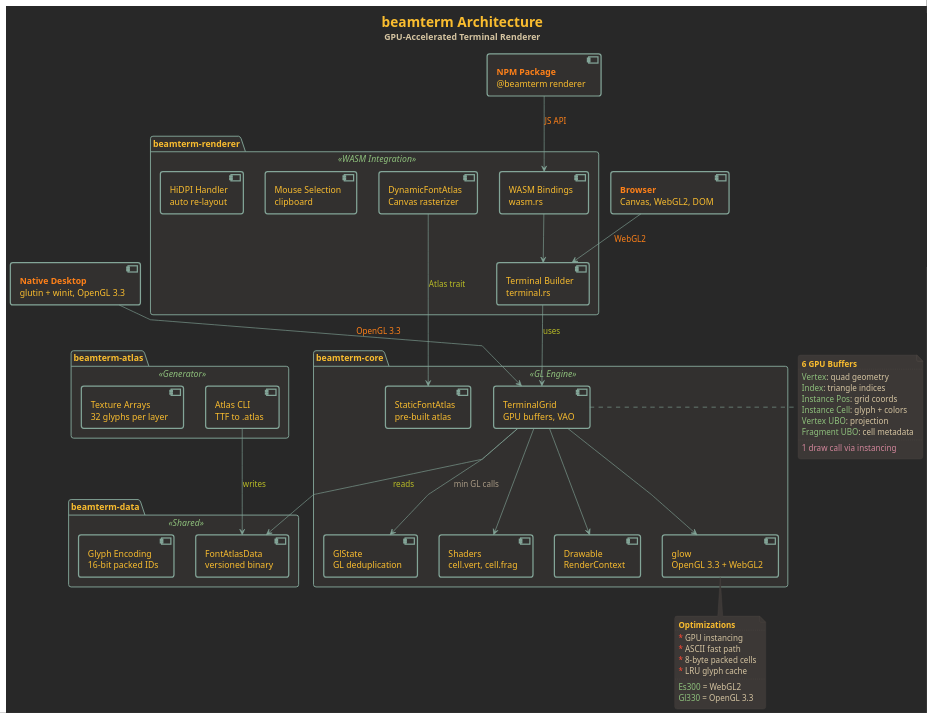
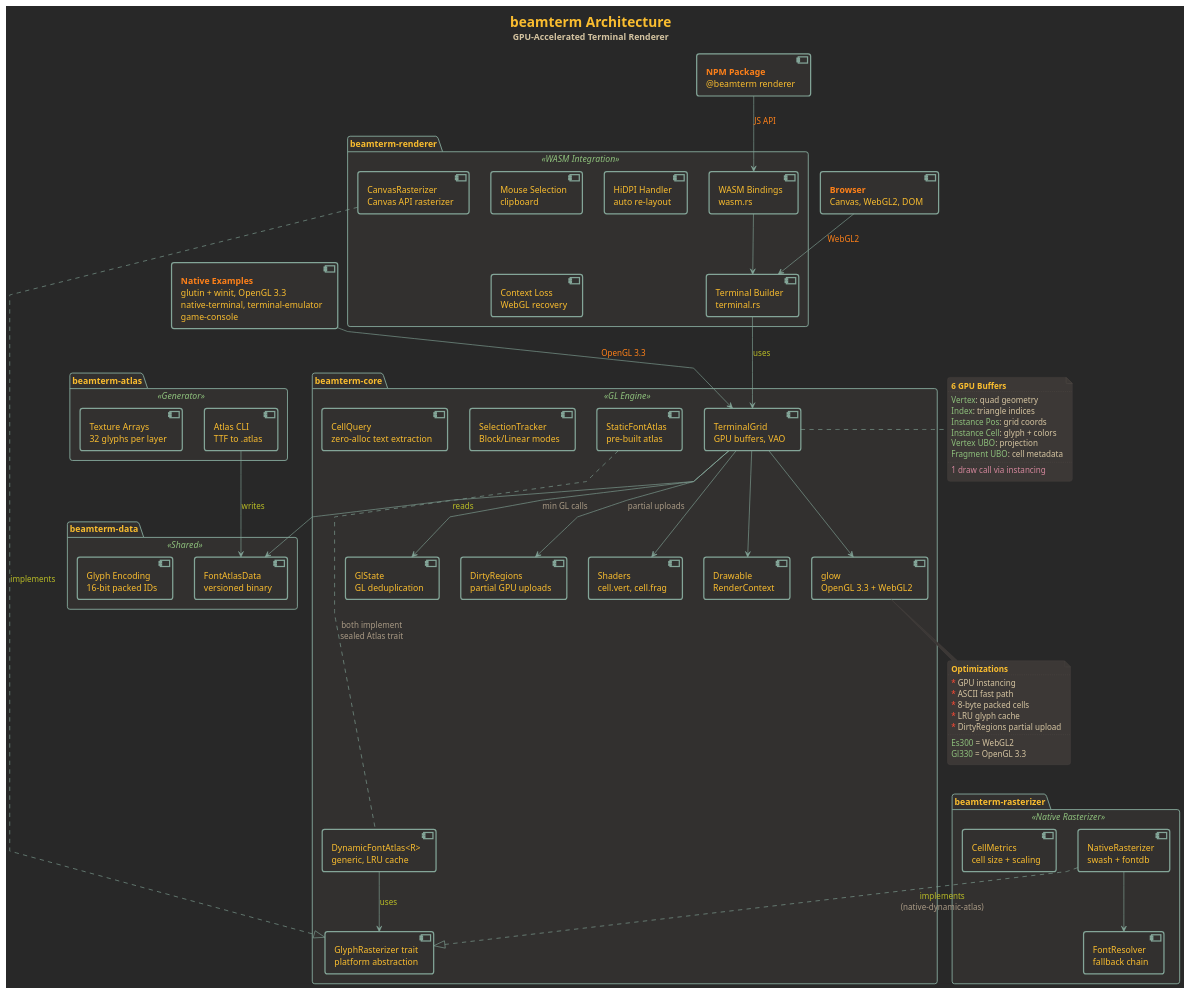
Before and after one commit to junkdog/beamterm: the diagram in docs/architecture.puml, drawn with PlantUML. The commit also changed 3 other files, not shown here.

Commit message:
update diagrams

```diff
--- a/docs/architecture.puml
+++ b/docs/architecture.puml
@@ -1,140 +1,160 @@
 @startuml architecture
 
 ' ============================================================================
 ' GRUVBOX DARK THEME
 ' ============================================================================
 
 skinparam backgroundColor #282828
 skinparam defaultFontColor #ebdbb2
 skinparam defaultFontName monospace
 skinparam roundcorner 8
 skinparam shadowing false
 skinparam linetype polyline
 
 skinparam note {
   BackgroundColor #3c3836
   BorderColor #504945
   FontColor #d5c4a1
 }
 
 skinparam arrow {
   Color #83a598
   FontColor #a89984
 }
 
 skinparam package {
   BackgroundColor #32302f
   BorderColor #83a598
   FontColor #fabd2f
   StereotypeFontColor #8ec07c
 }
 
 skinparam rectangle {
   BackgroundColor #3c3836
   BorderColor #504945
   FontColor #ebdbb2
 }
 
 skinparam component {
   BackgroundColor #32302f
   BorderColor #83a598
   FontColor #fabd2f
   StereotypeFontColor #8ec07c
   BorderThickness 2
 }
 
 ' ============================================================================
 ' TITLE
 ' ============================================================================
 
 title <font color="#fabd2f" size="22">beamterm Architecture</font>\n<font color="#d5c4a1" size="14">GPU-Accelerated Terminal Renderer</font>
 
 ' ============================================================================
 ' EXTERNAL SYSTEMS (top)
 ' ============================================================================
 
 [<color:#fe8019><b>Browser</b></color>\nCanvas, WebGL2, DOM] as browser
-[<color:#fe8019><b>Native Desktop</b></color>\nglutin + winit, OpenGL 3.3] as native
+[<color:#fe8019><b>Native Examples</b></color>\nglutin + winit, OpenGL 3.3\nnative-terminal, terminal-emulator\ngame-console] as native
 [<color:#fe8019><b>NPM Package</b></color>\n@beamterm renderer] as npm
 
 ' ============================================================================
 ' CRATES
 ' ============================================================================
 
 package "beamterm-renderer" <<WASM Integration>> {
   [Terminal Builder\nterminal.rs] as builder
   [WASM Bindings\nwasm.rs] as wasm
-  [DynamicFontAtlas\nCanvas rasterizer] as dynamic_atlas
+  [CanvasRasterizer\nCanvas API rasterizer] as canvas_rast
   [Mouse Selection\nclipboard] as selection
   [HiDPI Handler\nauto re-layout] as hidpi
+  [Context Loss\nWebGL recovery] as ctx_loss
 }
 
 package "beamterm-core" <<GL Engine>> {
   [TerminalGrid\nGPU buffers, VAO] as grid
   [GlState\nGL deduplication] as glstate
   [StaticFontAtlas\npre-built atlas] as static_atlas
+  [DynamicFontAtlas<R>\ngeneric, LRU cache] as dynamic_atlas
+  [GlyphRasterizer trait\nplatform abstraction] as rast_trait
+  [DirtyRegions\npartial GPU uploads] as dirty
+  [SelectionTracker\nBlock/Linear modes] as sel_tracker
+  [CellQuery\nzero-alloc text extraction] as cell_query
   [Shaders\ncell.vert, cell.frag] as shaders
   [Drawable\nRenderContext] as drawable
   [glow\nOpenGL 3.3 + WebGL2] as glow
+}
+
+package "beamterm-rasterizer" <<Native Rasterizer>> {
+  [NativeRasterizer\nswash + fontdb] as native_rast
+  [FontResolver\nfallback chain] as font_resolver
+  [CellMetrics\ncell size + scaling] as cell_metrics
 }
 
 package "beamterm-data" <<Shared>> {
   [FontAtlasData\nversioned binary] as atlas_data
   [Glyph Encoding\n16-bit packed IDs] as glyph_enc
 }
 
 package "beamterm-atlas" <<Generator>> {
   [Atlas CLI\nTTF to .atlas] as atlas_cli
   [Texture Arrays\n32 glyphs per layer] as tex_arrays
 }
 
 ' ============================================================================
 ' RELATIONSHIPS
 ' ============================================================================
 
 browser --> builder : <color:#fe8019>WebGL2</color>
 npm --> wasm : <color:#fe8019>JS API</color>
 native --> grid : <color:#fe8019>OpenGL 3.3</color>
 
 builder --> grid : <color:#b8bb26>uses</color>
-dynamic_atlas --> static_atlas : <color:#b8bb26>Atlas trait</color>
 wasm --> builder
+canvas_rast ..|> rast_trait : <color:#b8bb26>implements</color>
 
 grid --> glstate : <color:#a89984>min GL calls</color>
 grid --> shaders
 grid --> drawable
 grid --> glow
+grid --> dirty : <color:#a89984>partial uploads</color>
+
+dynamic_atlas --> rast_trait : <color:#b8bb26>uses</color>
+static_atlas ..[#83a598].. dynamic_atlas : <color:#a89984>both implement\n<color:#a89984>sealed Atlas trait</color>
 
 grid --> atlas_data : <color:#b8bb26>reads</color>
 atlas_cli --> atlas_data : <color:#b8bb26>writes</color>
+
+native_rast ..|> rast_trait : <color:#b8bb26>implements\n<color:#a89984>(native-dynamic-atlas)</color>
+native_rast --> font_resolver
 
 ' ============================================================================
 ' NOTES
 ' ============================================================================
 
 note right of grid
   <color:#fabd2f><b>6 GPU Buffers</b></color>
   ....
   <color:#8ec07c>Vertex</color>: quad geometry
   <color:#8ec07c>Index</color>: triangle indices
   <color:#8ec07c>Instance Pos</color>: grid coords
   <color:#8ec07c>Instance Cell</color>: glyph + colors
   <color:#8ec07c>Vertex UBO</color>: projection
   <color:#8ec07c>Fragment UBO</color>: cell metadata
   ....
   <color:#d3869b>1 draw call via instancing</color>
 end note
 
 note bottom of glow
   <color:#fabd2f><b>Optimizations</b></color>
   ....
   <color:#fb4934>*</color> GPU instancing
   <color:#fb4934>*</color> ASCII fast path
   <color:#fb4934>*</color> 8-byte packed cells
   <color:#fb4934>*</color> LRU glyph cache
+  <color:#fb4934>*</color> DirtyRegions partial upload
   ....
   <color:#8ec07c>Es300</color> = WebGL2
   <color:#8ec07c>Gl330</color> = OpenGL 3.3
 end note
 
 @enduml
```
